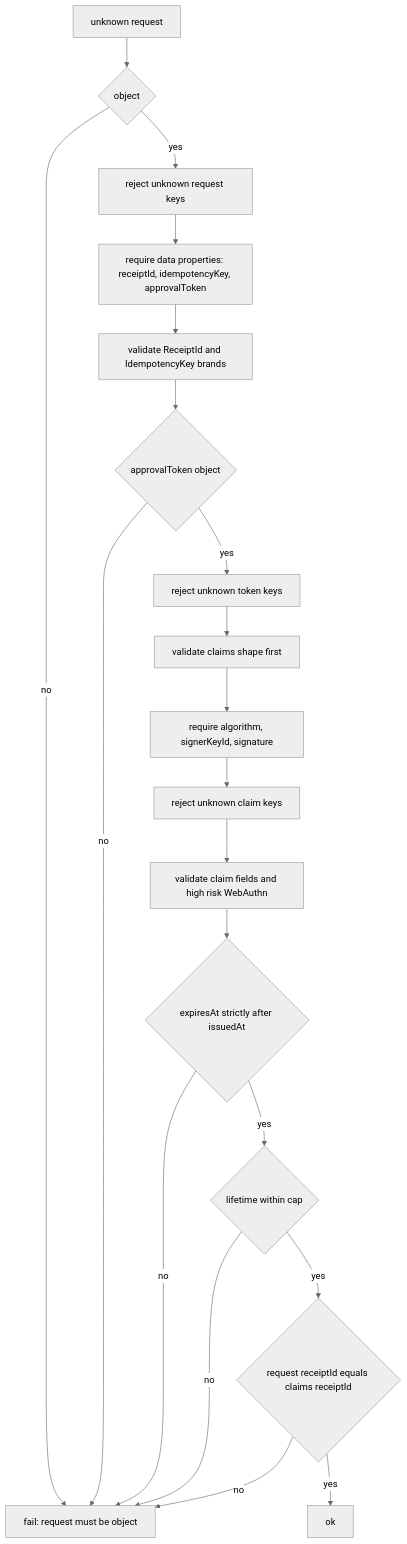
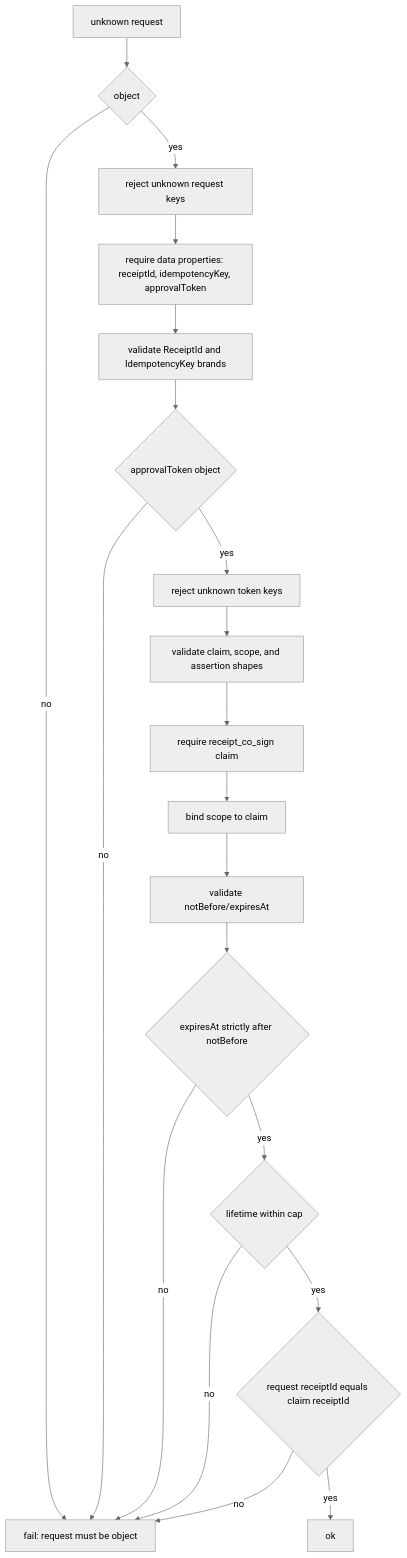
The third of 4 diagrams in packages/protocol/docs/modules/ipc.md (nex-crm/wuphf), drawn with Mermaid (neutral theme) before and after one commit. The commit also changed other lines of this file and 24 other files, not shown here.

First line of the commit message:
feat(protocol): add WebAuthn signed approval token

````diff
--- a/packages/protocol/docs/modules/ipc.md
+++ b/packages/protocol/docs/modules/ipc.md
@@ -135,22 +133,22 @@
 ```mermaid
 flowchart TD
   A["unknown request"] --> B{"object"}
   B -->|no| X["fail: request must be object"]
   B -->|yes| C["reject unknown request keys"]
   C --> D["require data properties: receiptId, idempotencyKey, approvalToken"]
   D --> E["validate ReceiptId and IdempotencyKey brands"]
   E --> F{"approvalToken object"}
   F -->|no| X
   F -->|yes| G["reject unknown token keys"]
-  G --> H["validate claims shape first"]
-  H --> I["require algorithm, signerKeyId, signature"]
-  I --> J["reject unknown claim keys"]
-  J --> K["validate claim fields and high risk WebAuthn"]
-  K --> L{"expiresAt strictly after issuedAt"}
+  G --> H["validate claim, scope, and assertion shapes"]
+  H --> I["require receipt_co_sign claim"]
+  I --> J["bind scope to claim"]
+  J --> K["validate notBefore/expiresAt"]
+  K --> L{"expiresAt strictly after notBefore"}
   L -->|no| X
   L -->|yes| M{"lifetime within cap"}
   M -->|no| X
-  M -->|yes| N{"request receiptId equals claims receiptId"}
+  M -->|yes| N{"request receiptId equals claim receiptId"}
   N -->|yes| OK["ok"]
   N -->|no| X
 ```
````
